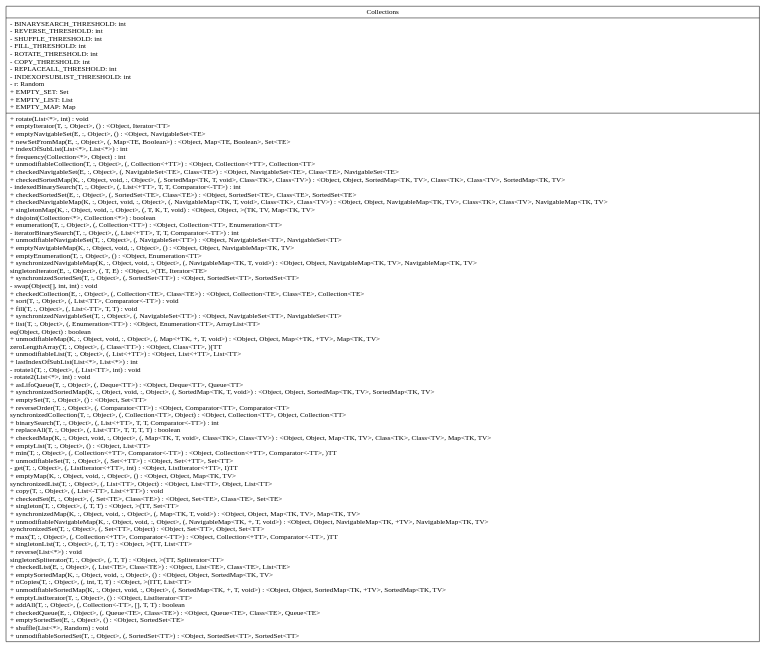
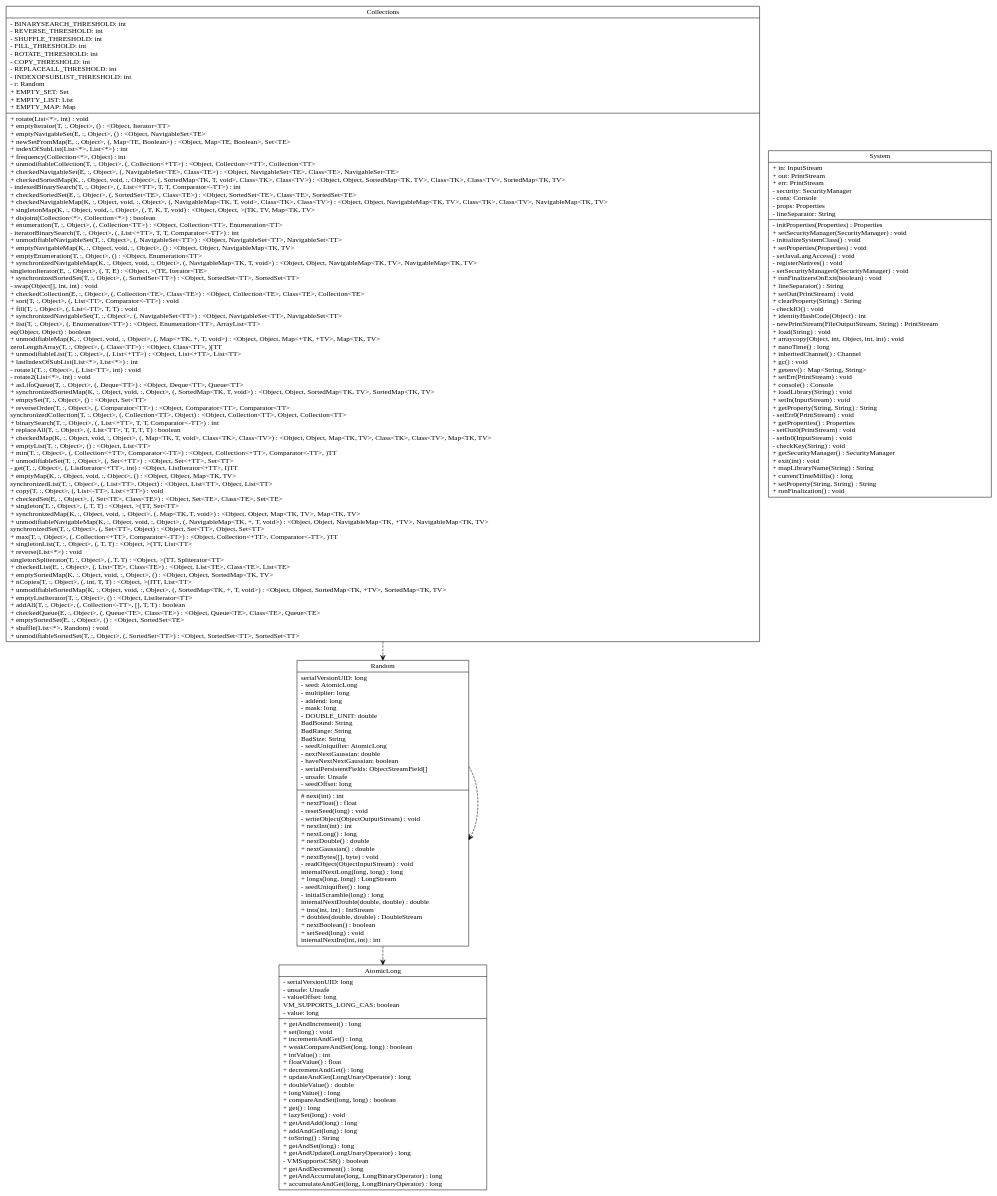
Before and after one commit to pastorsj/LegendaryPatterns: the diagram in input_output/text.dot, drawn with Graphviz. The commit also changed 7 other files, not shown here.

Commit message:
Added pictures for sequence diagram tests

```diff
--- a/input_output/text.dot
+++ b/input_output/text.dot
@@ -86,4 +86,130 @@
 	+ unmodifiableSortedSet(T, :, Object\>, (, SortedSet\<TT\>) : \<Object, SortedSet\<TT\>, SortedSet\<TT\>\l
 	}"
 	]
+AtomicLong [
+	label = "{AtomicLong|
+	- serialVersionUID: long\l
+	- unsafe: Unsafe\l
+	- valueOffset: long\l
+	 VM_SUPPORTS_LONG_CAS: boolean\l
+	- value: long\l
+	|
+	+ getAndIncrement() : long\l
+	+ set(long) : void\l
+	+ incrementAndGet() : long\l
+	+ weakCompareAndSet(long, long) : boolean\l
+	+ intValue() : int\l
+	+ floatValue() : float\l
+	+ decrementAndGet() : long\l
+	+ updateAndGet(LongUnaryOperator) : long\l
+	+ doubleValue() : double\l
+	+ longValue() : long\l
+	+ compareAndSet(long, long) : boolean\l
+	+ get() : long\l
+	+ lazySet(long) : void\l
+	+ getAndAdd(long) : long\l
+	+ addAndGet(long) : long\l
+	+ toString() : String\l
+	+ getAndSet(long) : long\l
+	+ getAndUpdate(LongUnaryOperator) : long\l
+	- VMSupportsCS8() : boolean\l
+	+ getAndDecrement() : long\l
+	+ getAndAccumulate(long, LongBinaryOperator) : long\l
+	+ accumulateAndGet(long, LongBinaryOperator) : long\l
+	}"
+	]
+System [
+	label = "{System|
+	+ in: InputStream\l
+	+ out: PrintStream\l
+	+ err: PrintStream\l
+	- security: SecurityManager\l
+	- cons: Console\l
+	- props: Properties\l
+	- lineSeparator: String\l
+	|
+	- initProperties(Properties) : Properties\l
+	+ setSecurityManager(SecurityManager) : void\l
+	- initializeSystemClass() : void\l
+	+ setProperties(Properties) : void\l
+	- setJavaLangAccess() : void\l
+	- registerNatives() : void\l
+	- setSecurityManager0(SecurityManager) : void\l
+	+ runFinalizersOnExit(boolean) : void\l
+	+ lineSeparator() : String\l
+	+ setOut(PrintStream) : void\l
+	+ clearProperty(String) : String\l
+	- checkIO() : void\l
+	+ identityHashCode(Object) : int\l
+	- newPrintStream(FileOutputStream, String) : PrintStream\l
+	+ load(String) : void\l
+	+ arraycopy(Object, int, Object, int, int) : void\l
+	+ nanoTime() : long\l
+	+ inheritedChannel() : Channel\l
+	+ gc() : void\l
+	+ getenv() : Map\<String, String\>\l
+	+ setErr(PrintStream) : void\l
+	+ console() : Console\l
+	+ loadLibrary(String) : void\l
+	+ setIn(InputStream) : void\l
+	+ getProperty(String, String) : String\l
+	- setErr0(PrintStream) : void\l
+	+ getProperties() : Properties\l
+	- setOut0(PrintStream) : void\l
+	- setIn0(InputStream) : void\l
+	- checkKey(String) : void\l
+	+ getSecurityManager() : SecurityManager\l
+	+ exit(int) : void\l
+	+ mapLibraryName(String) : String\l
+	+ currentTimeMillis() : long\l
+	+ setProperty(String, String) : String\l
+	+ runFinalization() : void\l
+	}"
+	]
+Random [
+	label = "{Random|
+	 serialVersionUID: long\l
+	- seed: AtomicLong\l
+	- multiplier: long\l
+	- addend: long\l
+	- mask: long\l
+	- DOUBLE_UNIT: double\l
+	 BadBound: String\l
+	 BadRange: String\l
+	 BadSize: String\l
+	- seedUniquifier: AtomicLong\l
+	- nextNextGaussian: double\l
+	- haveNextNextGaussian: boolean\l
+	- serialPersistentFields: ObjectStreamField[]\l
+	- unsafe: Unsafe\l
+	- seedOffset: long\l
+	|
+	# next(int) : int\l
+	+ nextFloat() : float\l
+	- resetSeed(long) : void\l
+	- writeObject(ObjectOutputStream) : void\l
+	+ nextInt(int) : int\l
+	+ nextLong() : long\l
+	+ nextDouble() : double\l
+	+ nextGaussian() : double\l
+	+ nextBytes([], byte) : void\l
+	- readObject(ObjectInputStream) : void\l
+	 internalNextLong(long, long) : long\l
+	+ longs(long, long) : LongStream\l
+	- seedUniquifier() : long\l
+	- initialScramble(long) : long\l
+	 internalNextDouble(double, double) : double\l
+	+ ints(int, int) : IntStream\l
+	+ doubles(double, double) : DoubleStream\l
+	+ nextBoolean() : boolean\l
+	+ setSeed(long) : void\l
+	 internalNextInt(int, int) : int\l
+	}"
+	]
+	edge [style = "dashed"] [arrowhead = "open"]
+	Collections->Random
+	edge [style = "dashed"] [arrowhead = "open"]
+	Random->AtomicLong
+	edge [style = "dashed"] [arrowhead = "open"]
+	Random->Random
 }
```
